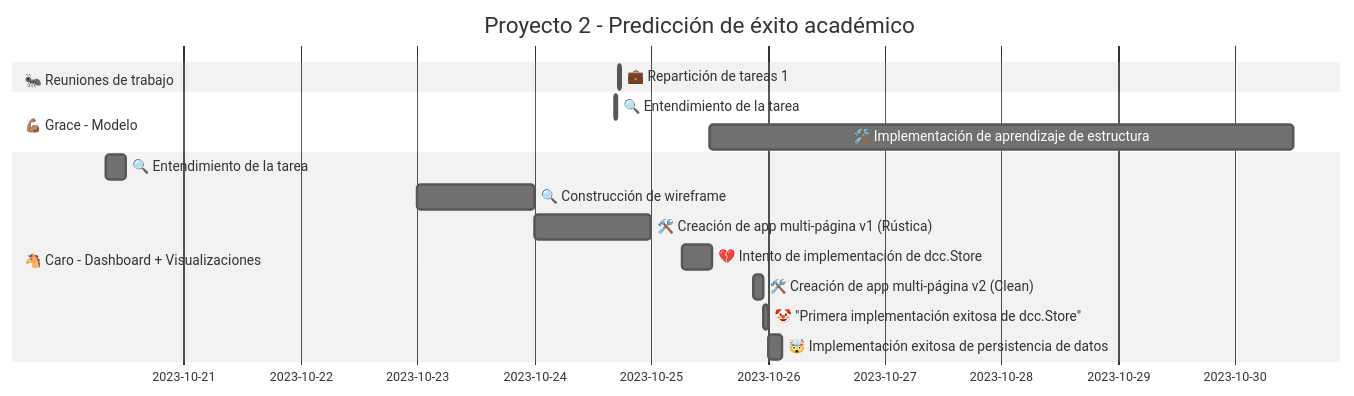
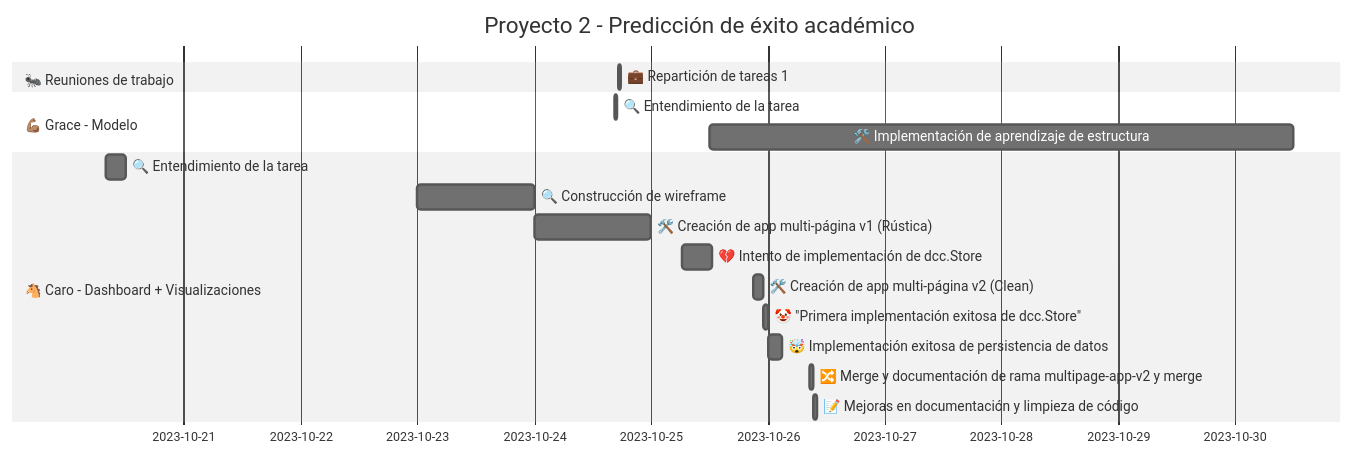
The diagram in README.md (zcrodriguez/AC_IPP_P2), drawn with Mermaid (neutral theme) before and after one commit. The commit also changed other lines of this file and 3 other files, not shown here.

First line of the commit message:
Mejoras en documentación y limpieza de código

````diff
--- a/README.md
+++ b/README.md
@@ -5,18 +5,20 @@
 ```mermaid
 gantt
     title Proyecto 2 - Predicción de éxito académico
     dateFormat  YYYY-MM-DD
     section 🐜 Reuniones de trabajo
     💼 Repartición de tareas 1:2023-10-24 17:21,30m
     section 💪🏽 Grace - Modelo
     🔍 Entendimiento de la tarea:2023-10-24 16:30,40m
     🛠️ Implementación de aprendizaje de estructura: 2023-10-25 12:00, 5d
     section 🐴 Caro - Dashboard + Visualizaciones
     🔍 Entendimiento de la tarea:2023-10-20 8:00,4h
     🔍 Construcción de wireframe:2023-10-23,1d
     🛠️ Creación de app multi-página v1 (Rústica):2023-10-24,1d
     💔 Intento de implementación de dcc.Store:2023-10-25 6:30, 6h
     🛠️ Creación de app multi-página v2 (Clean):2023-10-25 21:00, 2h
     🤡 "Primera implementación exitosa de dcc.Store":2023-10-25 23:00, 1h
     🤯 Implementación exitosa de persistencia de datos:2023-10-26 00:00, 3h
+    🔀 Merge y documentación de rama multipage-app-v2 y merge:2023-10-26 8:30, 1h
+    📝 Mejoras en documentación y limpieza de código:2023-10-26 9:30, 40m
 ```
````
